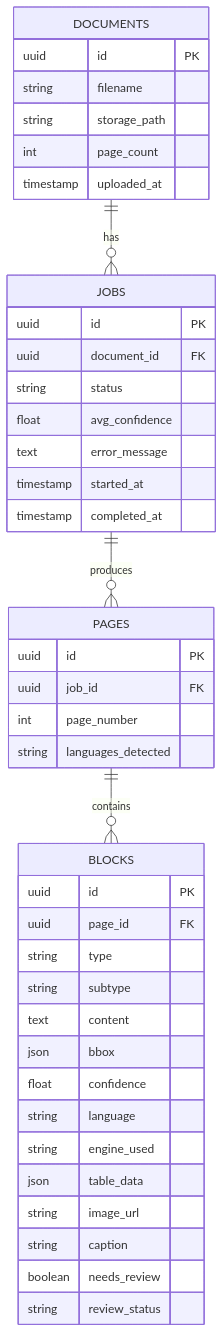
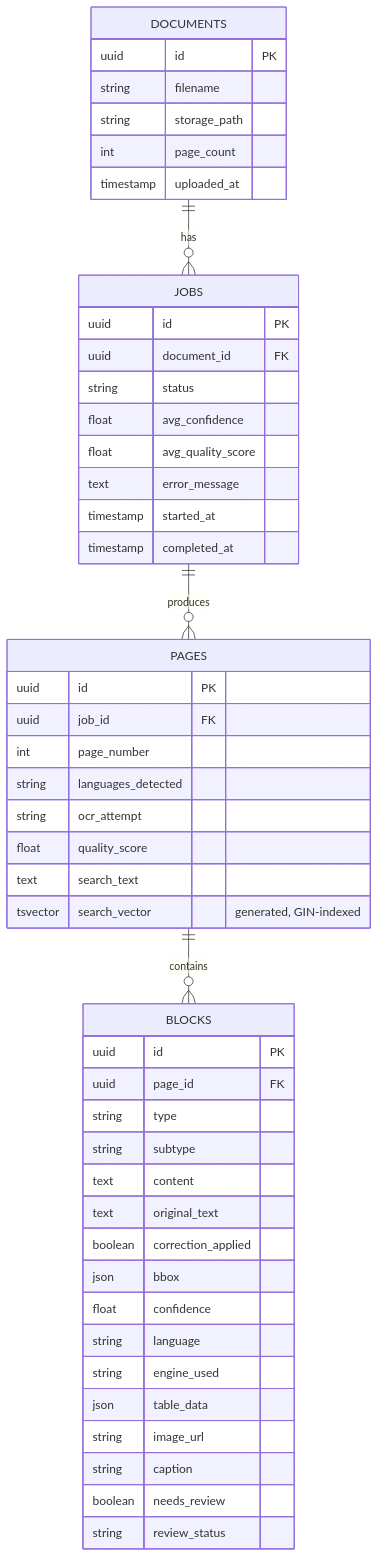
The fourth of 5 diagrams in ARCHITECTURE.md (khiloni/Multilingual-OCR-pipeline-architecture), drawn with Mermaid before and after one commit. The commit also changed other lines of this file and 153 other files, not shown here.

First line of the commit message:
Add quality score, full-text search, derived PDF exports, LLM correction, and reorganize evaluation tooling

````diff
--- a/ARCHITECTURE.md
+++ b/ARCHITECTURE.md
@@ -272,45 +328,52 @@
 ```mermaid
 erDiagram
     DOCUMENTS ||--o{ JOBS : has
     JOBS ||--o{ PAGES : produces
     PAGES ||--o{ BLOCKS : contains
 
     DOCUMENTS {
         uuid id PK
         string filename
         string storage_path
         int page_count
         timestamp uploaded_at
     }
     JOBS {
         uuid id PK
         uuid document_id FK
         string status
         float avg_confidence
+        float avg_quality_score
         text error_message
         timestamp started_at
         timestamp completed_at
     }
     PAGES {
         uuid id PK
         uuid job_id FK
         int page_number
         string languages_detected
+        string ocr_attempt
+        float quality_score
+        text search_text
+        tsvector search_vector "generated, GIN-indexed"
     }
     BLOCKS {
         uuid id PK
         uuid page_id FK
         string type
         string subtype
         text content
+        text original_text
+        boolean correction_applied
         json bbox
         float confidence
         string language
         string engine_used
         json table_data
         string image_url
         string caption
         boolean needs_review
         string review_status
     }
 ```
````
